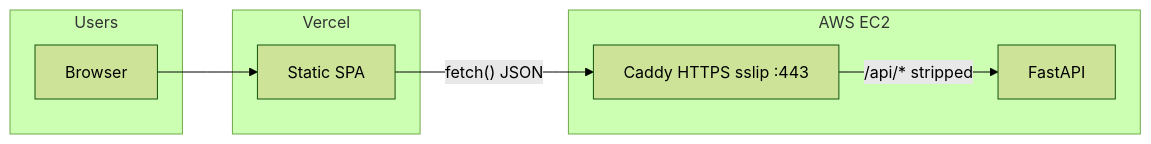
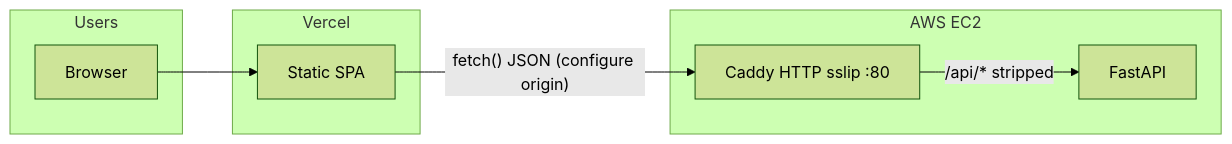
The diagram in docs/CICD_DEPLOYMENT.md (timothy-choi/cloud-networking-studio), drawn with Mermaid (forest theme) before and after one commit. The commit also changed other lines of this file and 8 other files, not shown here.

Commit message:
fixing a caddy https error

````diff
--- a/docs/CICD_DEPLOYMENT.md
+++ b/docs/CICD_DEPLOYMENT.md
@@ -18,16 +18,16 @@
 ```mermaid
 flowchart LR
   subgraph users [Users]
     B[Browser]
   end
   subgraph vercel [Vercel]
     UI[Static SPA]
   end
   subgraph aws [AWS EC2]
-    C[Caddy HTTPS sslip :443]
+    C[Caddy HTTP sslip :80]
     A[FastAPI]
   end
   B --> UI
-  UI -->|"fetch() JSON"| C
+  UI -->|"fetch() JSON (configure origin)"| C
   C -->|"/api/* stripped"| A
 ```
````
